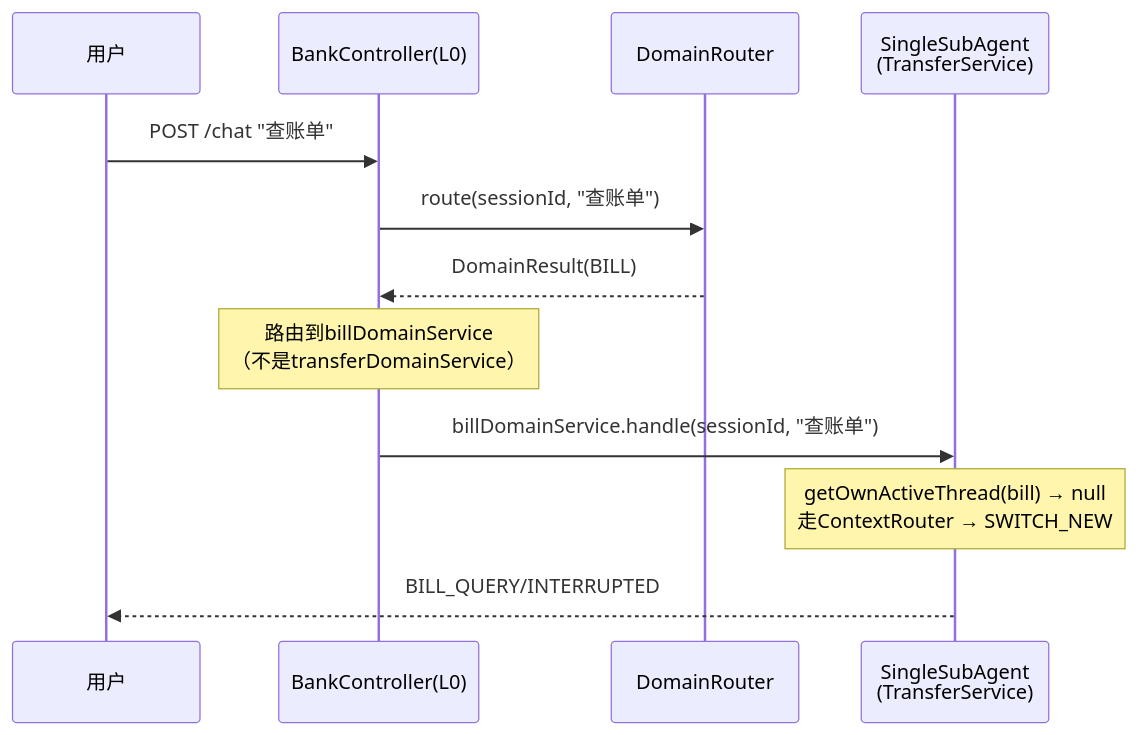
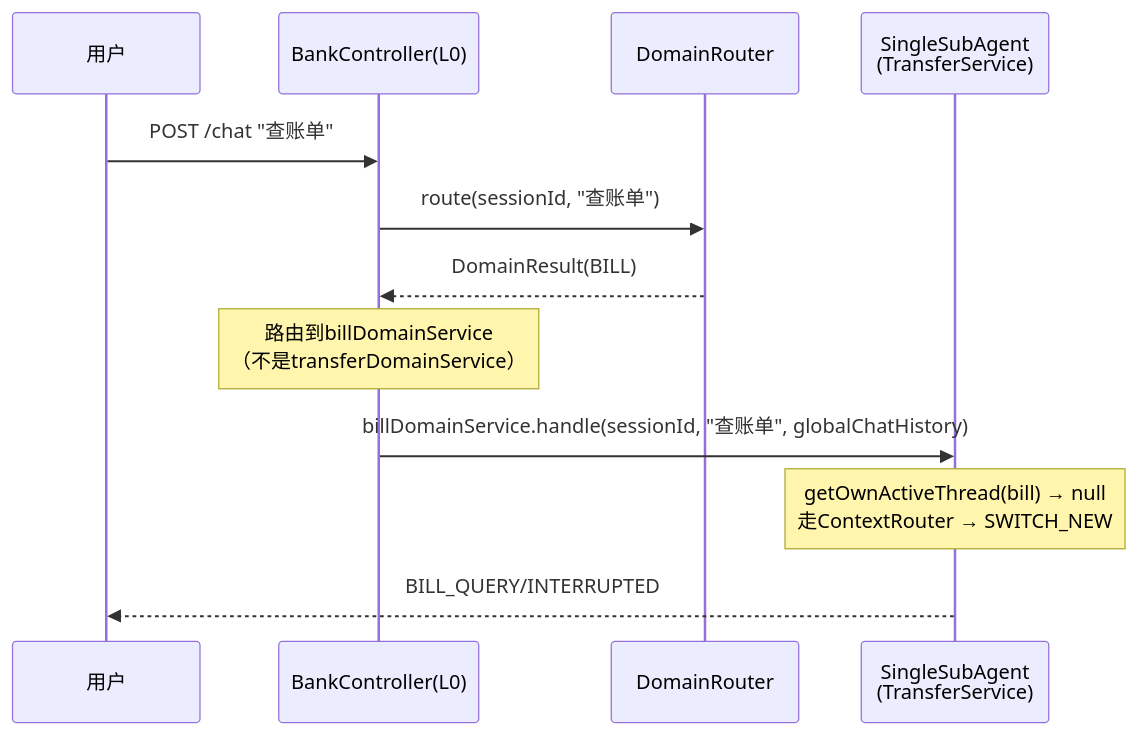
Before and after one commit to michael-lin-45/mobile-ai-bank-demo---workbuddy: the eighth of 18 diagrams in ARCHITECTURE-FULL.md, drawn with Mermaid. The commit also changed other lines of this file and 15 other files, not shown here.

````diff
--- a/ARCHITECTURE-FULL.md
+++ b/ARCHITECTURE-FULL.md
@@ -566,15 +573,15 @@
 ```mermaid
 sequenceDiagram
     participant U as 用户
     participant BC as BankController(L0)
     participant DR as DomainRouter
     participant SSAD as SingleSubAgent<br/>(TransferService)
 
     U->>BC: POST /chat "查账单"
     BC->>DR: route(sessionId, "查账单")
     DR-->>BC: DomainResult(BILL)
     Note over BC: 路由到billDomainService<br/>（不是transferDomainService）
-    BC->>SSAD: billDomainService.handle(sessionId, "查账单")
+    BC->>SSAD: billDomainService.handle(sessionId, "查账单", globalChatHistory)
     Note over SSAD: getOwnActiveThread(bill) → null<br/>走ContextRouter → SWITCH_NEW
     SSAD-->>U: BILL_QUERY/INTERRUPTED
 ```
````
